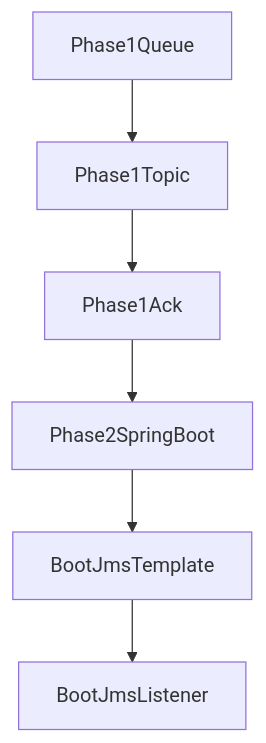
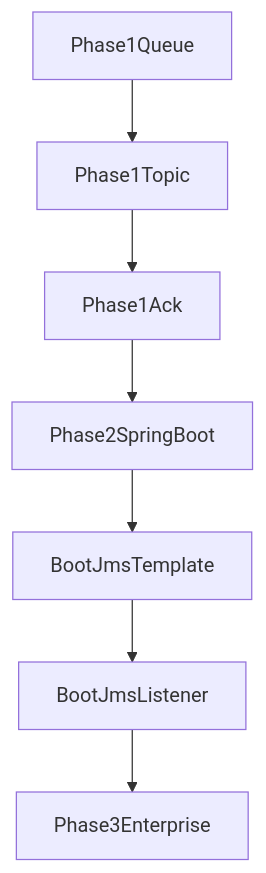
One commit to pl-2005/activeMQDemo changed the diagram in README.md. Above: the diagram before and after it, drawn with Mermaid. The commit also changed other lines of this file and 10 other files, not shown here.

````diff
--- a/README.md
+++ b/README.md
@@ -86,8 +86,9 @@
 ```mermaid
 flowchart TD
     phase1Queue[Phase1Queue] --> phase1Topic[Phase1Topic]
     phase1Topic --> phase1Ack[Phase1Ack]
     phase1Ack --> phase2Boot[Phase2SpringBoot]
     phase2Boot --> phase2Producer[BootJmsTemplate]
     phase2Producer --> phase2Consumer[BootJmsListener]
+    phase2Consumer --> phase3Enterprise[Phase3Enterprise]
 ```
````
